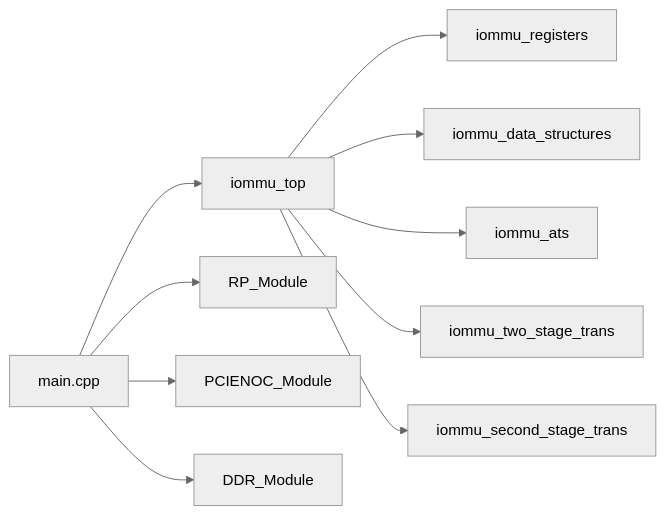
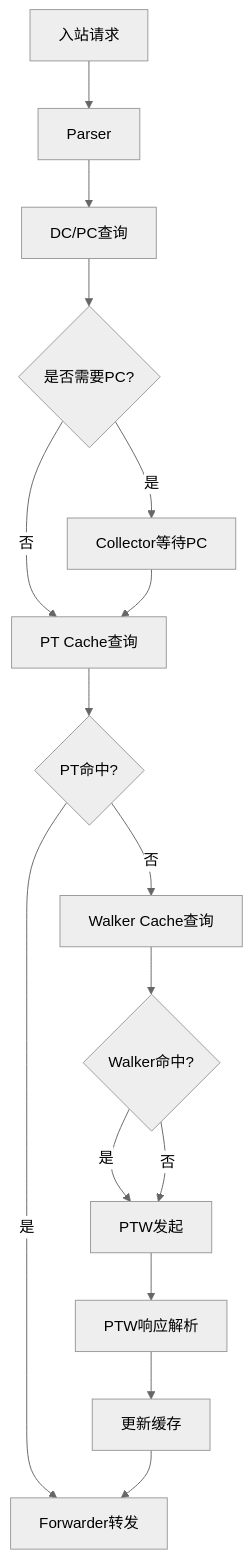
Before and after one commit to jiangjiang1122/iommu_model_20260401_v1: the sixth of 7 diagrams in .qoder/repowiki/zh/content/项目概述/项目介绍.md, drawn with Mermaid (neutral theme). The commit also changed other lines of this file and 92 other files, not shown here.

````diff
--- a/.qoder/repowiki/zh/content/项目概述/项目介绍.md
+++ b/.qoder/repowiki/zh/content/项目概述/项目介绍.md
@@ -254,12 +241,18 @@
 ```mermaid
-graph LR
-MAIN["main.cpp"] --> TOP["iommu_top"]
-TOP --> REG["iommu_registers"]
-TOP --> DS["iommu_data_structures"]
-TOP --> ATS["iommu_ats"]
-TOP --> T2["iommu_two_stage_trans"]
-TOP --> S2["iommu_second_stage_trans"]
-MAIN --> RP["RP_Module"]
-MAIN --> PCIE["PCIENOC_Module"]
-MAIN --> DDR["DDR_Module"]
+flowchart TD
+A["入站请求"] --> B["Parser"]
+B --> C["DC/PC查询"]
+C --> D{"是否需要PC?"}
+D --> |是| E["Collector等待PC"]
+D --> |否| F["PT Cache查询"]
+E --> F
+F --> G{"PT命中?"}
+G --> |是| H["Forwarder转发"]
+G --> |否| I["Walker Cache查询"]
+I --> J{"Walker命中?"}
+J --> |是| K["PTW发起"]
+J --> |否| K
+K --> L["PTW响应解析"]
+L --> M["更新缓存"]
+M --> H
 ```
````
